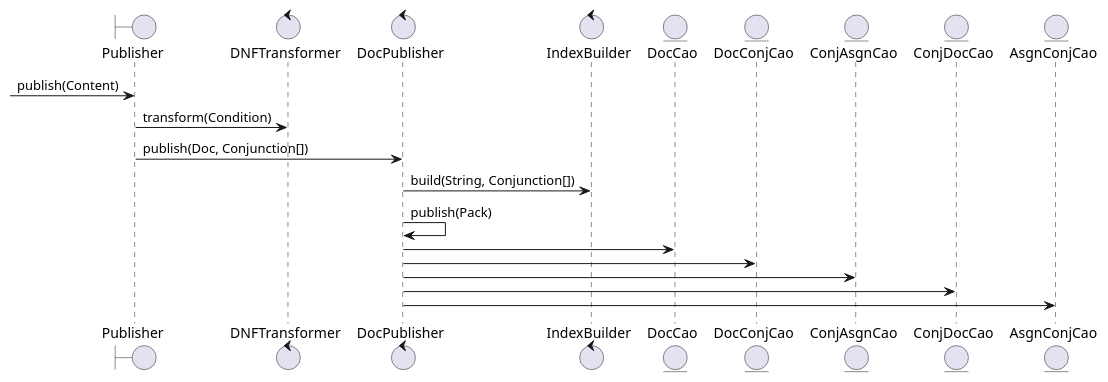
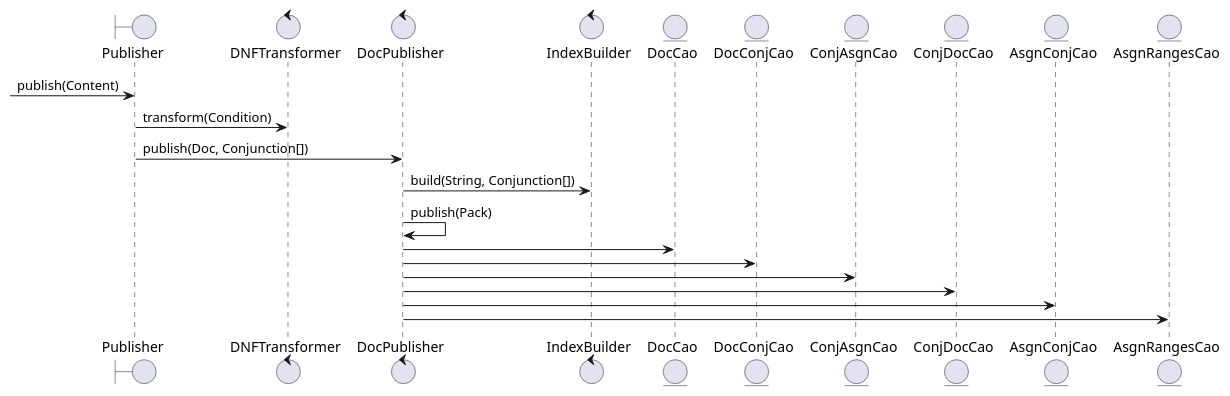
One commit to fdlong/clarkii changed the diagram in clarkii-core/seq-publish.puml. Above: the diagram before and after it, drawn with PlantUML. The commit also changed 71 other files, not shown here.

```diff
--- a/clarkii-core/seq-publish.puml
+++ b/clarkii-core/seq-publish.puml
@@ -1,24 +1,26 @@
 @startuml
 
 Boundary Publisher
 control DNFTransformer
 control DocPublisher
 control IndexBuilder
 entity DocCao
 entity DocConjCao
 entity ConjAsgnCao
 entity ConjDocCao
 entity AsgnConjCao
+entity AsgnRangesCao
 
 -> Publisher : publish(Content)
 Publisher -> DNFTransformer : transform(Condition)
 Publisher -> DocPublisher : publish(Doc, Conjunction[])
 DocPublisher -> IndexBuilder : build(String, Conjunction[])
 DocPublisher -> DocPublisher : publish(Pack)
 DocPublisher -> DocCao
 DocPublisher -> DocConjCao
 DocPublisher -> ConjAsgnCao
 DocPublisher -> ConjDocCao
 DocPublisher -> AsgnConjCao
+DocPublisher -> AsgnRangesCao
 
 @enduml
```
